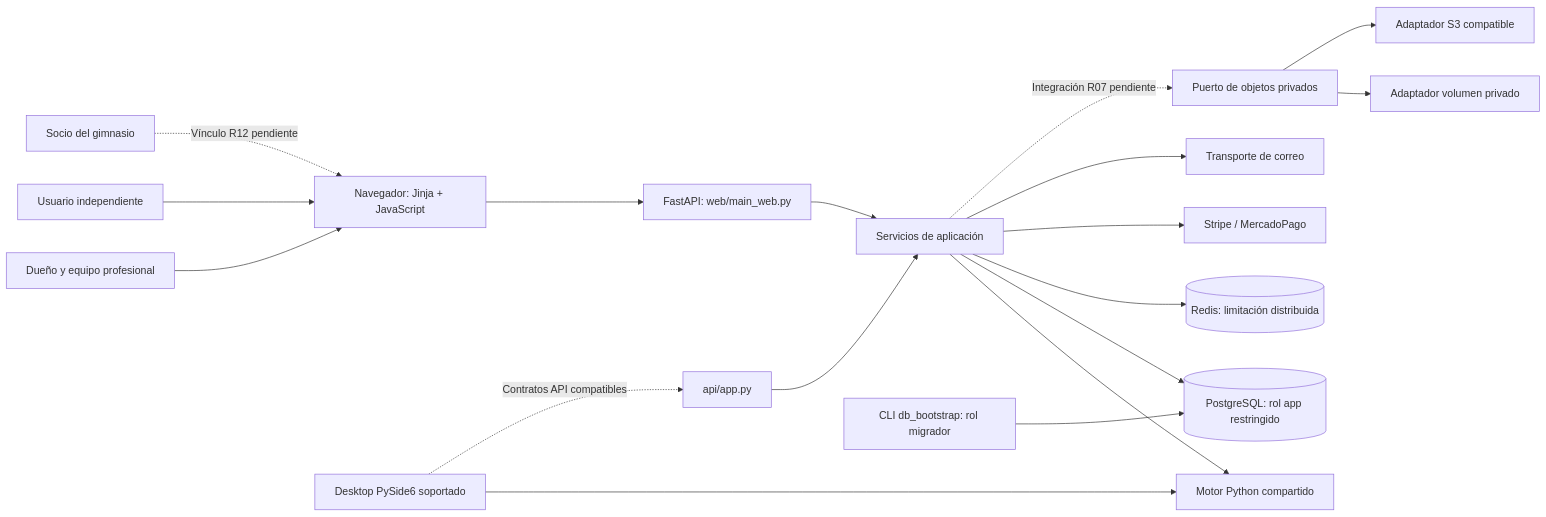
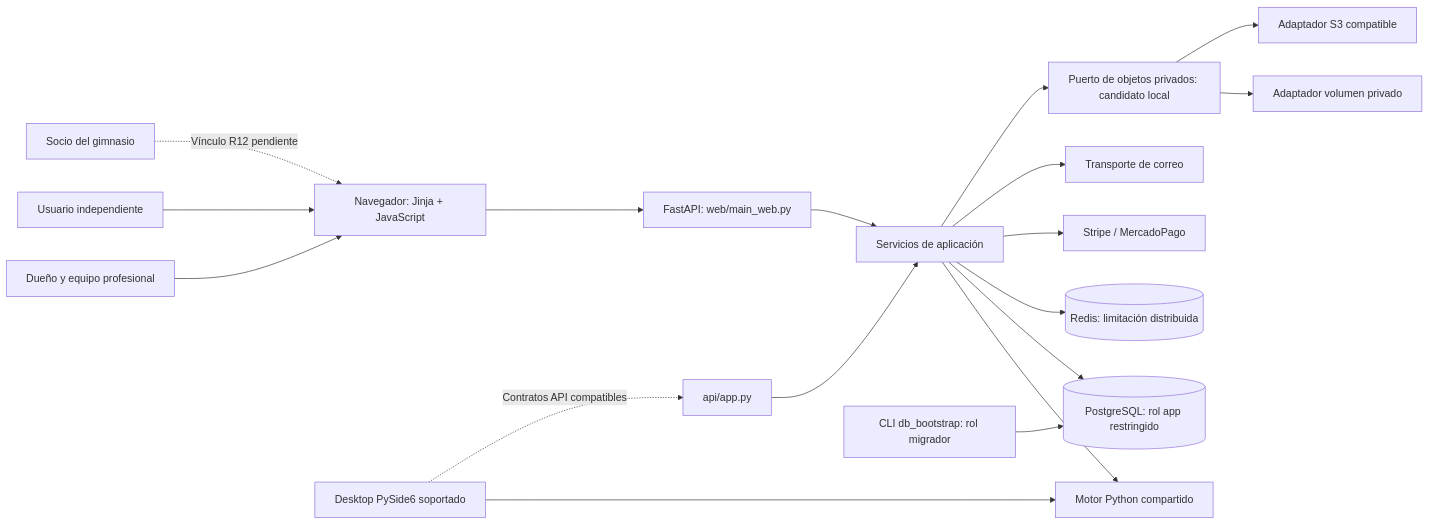
The first of 2 diagrams in docs/implementation/20261018-evolution/ARQUITECTURA_ACTUAL.md (user221000/MetodoBaseWeb), drawn with Mermaid before and after one commit. The commit also changed other lines of this file and 117 other files, not shown here.

````diff
--- a/docs/implementation/20261018-evolution/ARQUITECTURA_ACTUAL.md
+++ b/docs/implementation/20261018-evolution/ARQUITECTURA_ACTUAL.md
@@ -7,20 +7,20 @@
 ```mermaid
 flowchart LR
     Owner[Dueño y equipo profesional] --> Web[Navegador: Jinja + JavaScript]
     Personal[Usuario independiente] --> Web
     Member[Socio del gimnasio] -. Vínculo R12 pendiente .-> Web
     Web --> SaaS[FastAPI: web/main_web.py]
     Desktop[Desktop PySide6 soportado] --> Engine[Motor Python compartido]
     Desktop -. Contratos API compatibles .-> API[api/app.py]
     SaaS --> App[Servicios de aplicación]
     API --> App
     App --> Engine
     App --> PG[(PostgreSQL: rol app restringido)]
     App --> Redis[(Redis: limitación distribuida)]
     App --> Pay[Stripe / MercadoPago]
     App --> Email[Transporte de correo]
-    App -. Integración R07 pendiente .-> Objects[Puerto de objetos privados]
+    App --> Objects[Puerto de objetos privados: candidato local]
     Objects --> Local[Adaptador volumen privado]
     Objects --> S3[Adaptador S3 compatible]
     Migrator[CLI db_bootstrap: rol migrador] --> PG
 ```
````
